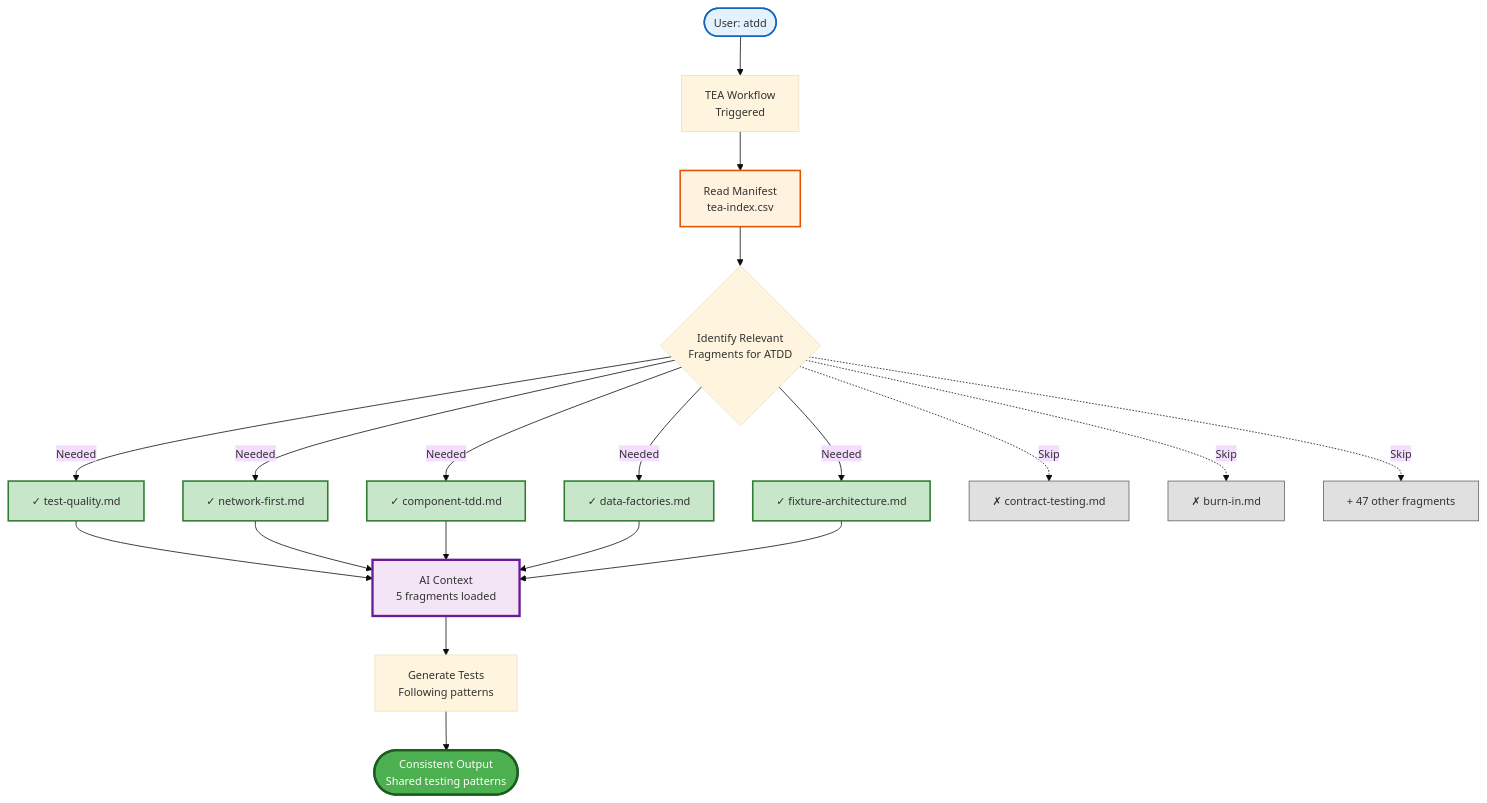
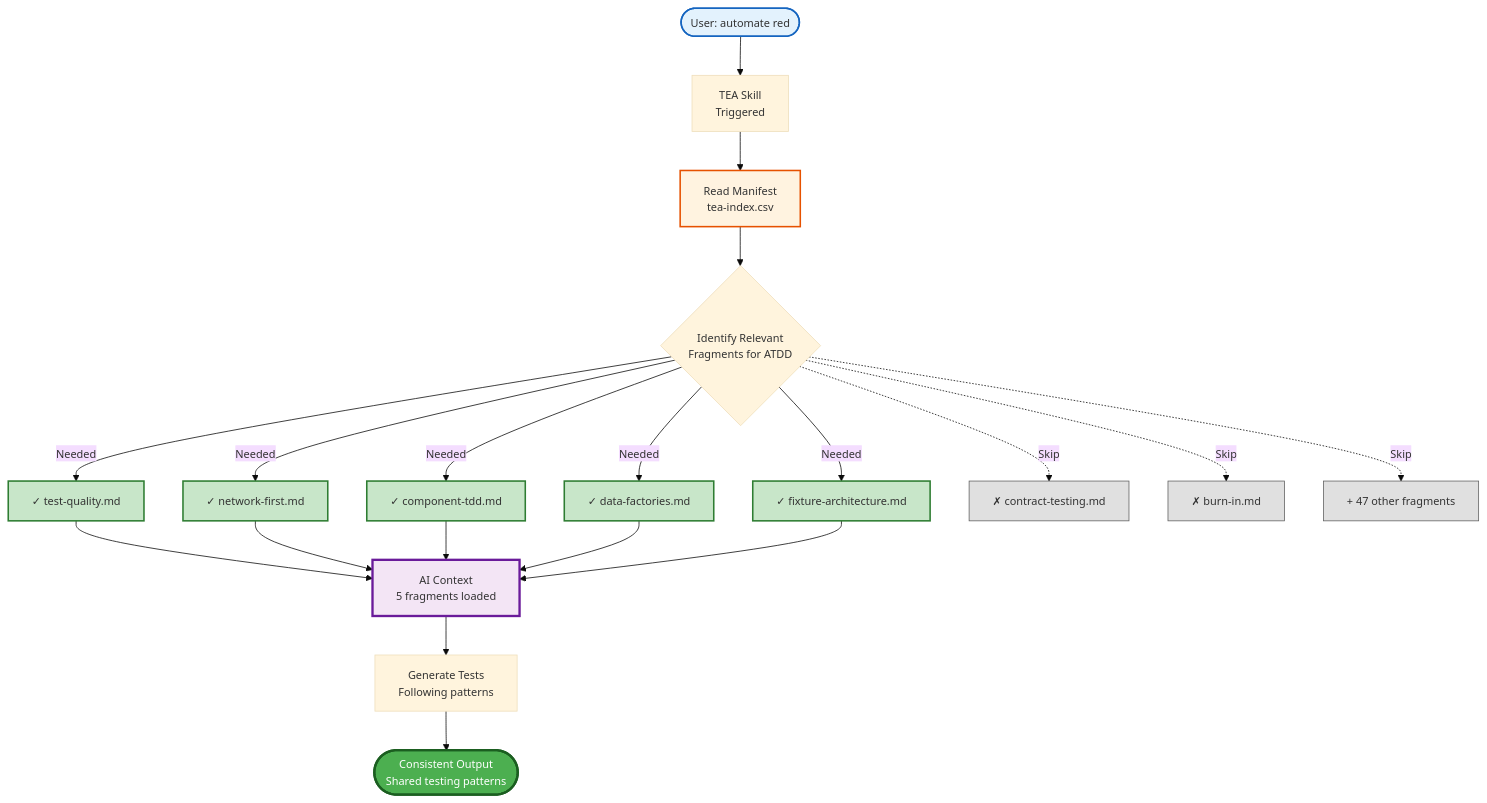
The diagram in docs/explanation/knowledge-base-system.md (bmad-code-org/bmad-method-test-architecture-enterprise), drawn with Mermaid before and after one commit. The commit also changed other lines of this file and 60 other files, not shown here.

````diff
--- a/docs/explanation/knowledge-base-system.md
+++ b/docs/explanation/knowledge-base-system.md
@@ -37,40 +37,40 @@
 ```mermaid
 %%{init: {'theme':'base', 'themeVariables': { 'fontSize':'14px'}}}%%
 flowchart TD
-    User([User: atdd]) --> Workflow[TEA Workflow<br/>Triggered]
+    User([User: automate red]) --> Workflow[TEA Skill<br/>Triggered]
     Workflow --> Read[Read Manifest<br/>tea-index.csv]
 
     Read --> Identify{Identify Relevant<br/>Fragments for ATDD}
 
     Identify -->|Needed| L1[✓ test-quality.md]
     Identify -->|Needed| L2[✓ network-first.md]
     Identify -->|Needed| L3[✓ component-tdd.md]
     Identify -->|Needed| L4[✓ data-factories.md]
     Identify -->|Needed| L5[✓ fixture-architecture.md]
 
     Identify -.->|Skip| S1[✗ contract-testing.md]
     Identify -.->|Skip| S2[✗ burn-in.md]
     Identify -.->|Skip| S3[+ 47 other fragments]
 
     L1 --> Context[AI Context<br/>5 fragments loaded]
     L2 --> Context
     L3 --> Context
     L4 --> Context
     L5 --> Context
 
     Context --> Gen[Generate Tests<br/>Following patterns]
     Gen --> Out([Consistent Output<br/>Shared testing patterns])
 
     style User fill:#e3f2fd,stroke:#1565c0,stroke-width:2px
     style Read fill:#fff3e0,stroke:#e65100,stroke-width:2px
     style L1 fill:#c8e6c9,stroke:#2e7d32,stroke-width:2px
     style L2 fill:#c8e6c9,stroke:#2e7d32,stroke-width:2px
     style L3 fill:#c8e6c9,stroke:#2e7d32,stroke-width:2px
     style L4 fill:#c8e6c9,stroke:#2e7d32,stroke-width:2px
     style L5 fill:#c8e6c9,stroke:#2e7d32,stroke-width:2px
     style S1 fill:#e0e0e0,stroke:#616161,stroke-width:1px
     style S2 fill:#e0e0e0,stroke:#616161,stroke-width:1px
     style S3 fill:#e0e0e0,stroke:#616161,stroke-width:1px
     style Context fill:#f3e5f5,stroke:#6a1b9a,stroke-width:3px
     style Out fill:#4caf50,stroke:#1b5e20,stroke-width:3px,color:#fff
 ```
````
